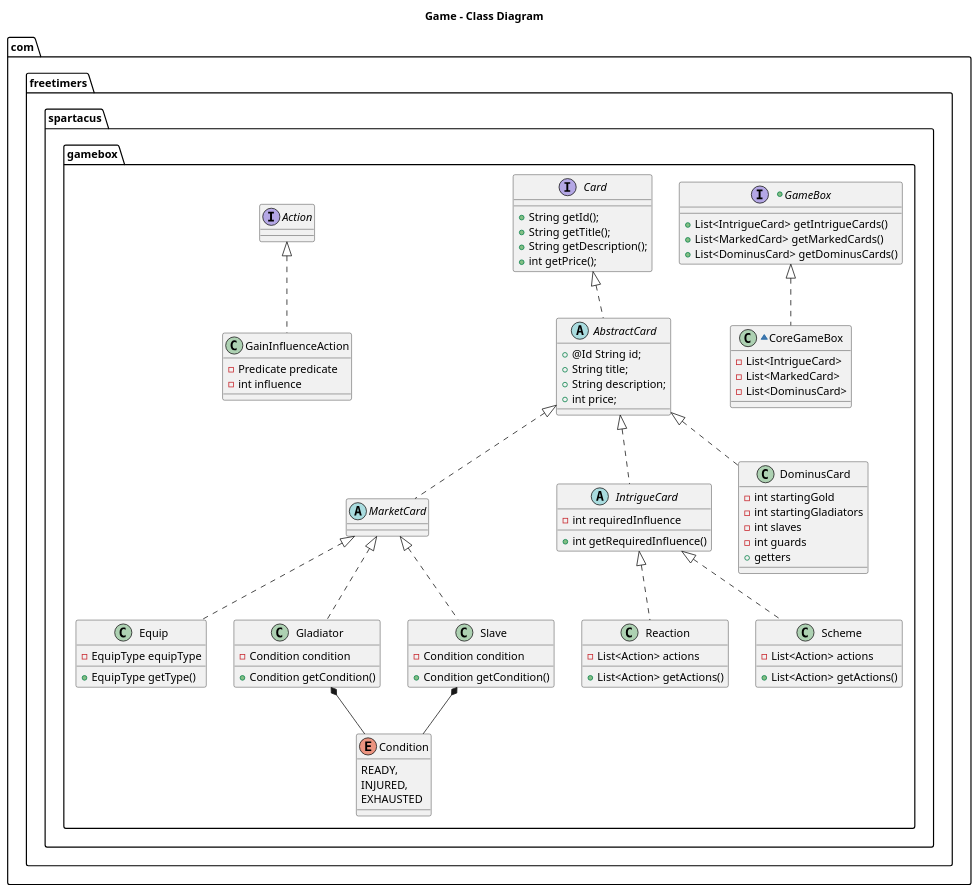
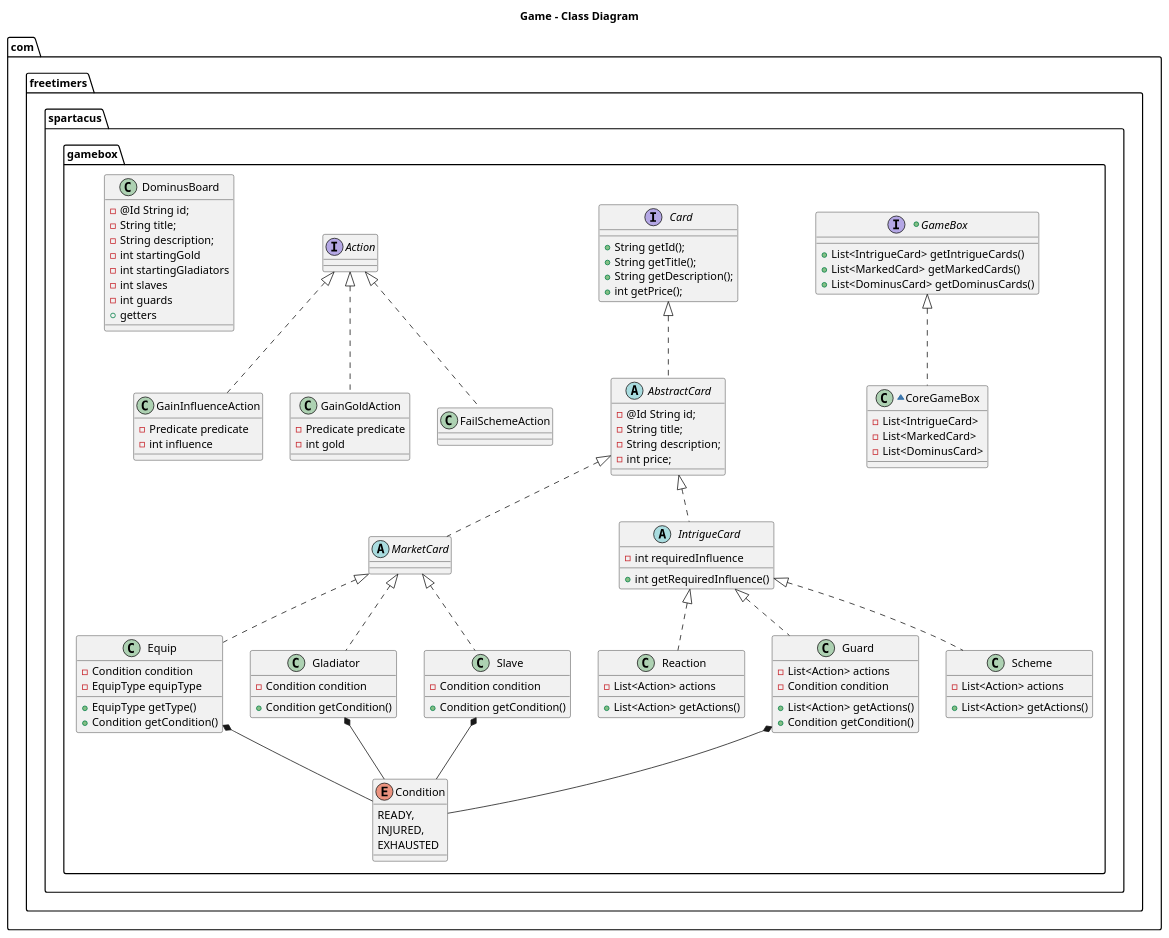
Before and after one commit to v-bodnar/Spartaaa: the diagram in Docs/GameBoxClassDiagram.puml, drawn with PlantUML.

```diff
--- a/Docs/GameBoxClassDiagram.puml
+++ b/Docs/GameBoxClassDiagram.puml
@@ -1,91 +1,112 @@
 @startuml
 
 title Game - Class Diagram
 
 package "com.freetimers.spartacus.gamebox"{
     +interface GameBox {
       + List<IntrigueCard> getIntrigueCards()
       + List<MarkedCard> getMarkedCards()
       + List<DominusCard> getDominusCards()
     }
 
     ~class CoreGameBox implements GameBox{
       -List<IntrigueCard>
       -List<MarkedCard>
       -List<DominusCard>
     }
 
     interface Card{
         + String getId();
         + String getTitle();
         + String getDescription();
         + int getPrice();
     }
 
     abstract class AbstractCard implements Card{
-        + @Id String id;
-        + String title;
-        + String description;
-        + int price;
+        - @Id String id;
+        - String title;
+        - String description;
+        - int price;
     }
 
 
     abstract class MarketCard implements AbstractCard{
     }
 
     abstract class IntrigueCard implements AbstractCard{
         - int requiredInfluence
         + int getRequiredInfluence()
     }
 
     class Equip implements MarketCard{
+        - Condition condition
         - EquipType equipType
         + EquipType getType()
+        + Condition getCondition()
     }
 
     class Gladiator implements MarketCard{
         - Condition condition
         + Condition getCondition()
     }
 
     class Slave implements MarketCard{
         - Condition condition
         + Condition getCondition()
     }
 
     class Reaction implements IntrigueCard{
         -List<Action> actions
         + List<Action> getActions()
     }
 
+    class Guard implements IntrigueCard{
+        -List<Action> actions
+        - Condition condition
+        + List<Action> getActions()
+        + Condition getCondition()
+    }
+
     class Scheme implements IntrigueCard{
         -List<Action> actions
         + List<Action> getActions()
     }
 
     interface Action{
     }
 
     class GainInfluenceAction implements Action{
         - Predicate predicate
         - int influence
     }
+    class GainGoldAction implements Action{
+            - Predicate predicate
+            - int gold
+    }
 
-    class DominusCard implements AbstractCard{
+    class FailSchemeAction implements Action{
+    }
+
+    class DominusBoard{
+        - @Id String id;
+        - String title;
+        - String description;
         -int startingGold
         -int startingGladiators
         -int slaves
         -int guards
         + getters
     }
 
     enum Condition{
         READY,
         INJURED,
         EXHAUSTED
     }
 
+    Guard *-- Condition
+    Equip *-- Condition
     Slave *-- Condition
     Gladiator *-- Condition
 }
 @enduml
```
